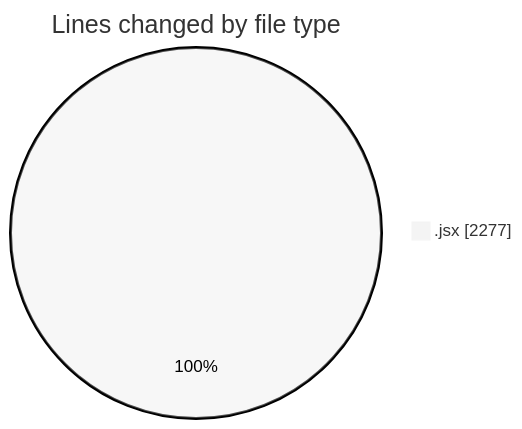
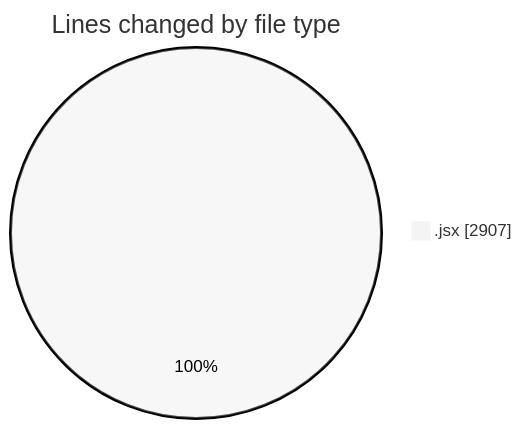
Before and after one commit to nxtqubesakshisongat/code-tracking: the first of 2 diagrams in 2025-06-02/nxtqube_webapp/README.md, drawn with Mermaid (neutral theme). The commit also changed other lines of this file and 1 other file, not shown here.

````diff
--- a/2025-06-02/nxtqube_webapp/README.md
+++ b/2025-06-02/nxtqube_webapp/README.md
@@ -20,5 +21,5 @@
 ```mermaid
 pie showData
 title Lines changed by file type
-".jsx" : 2277
+".jsx" : 2907
 ```
````
